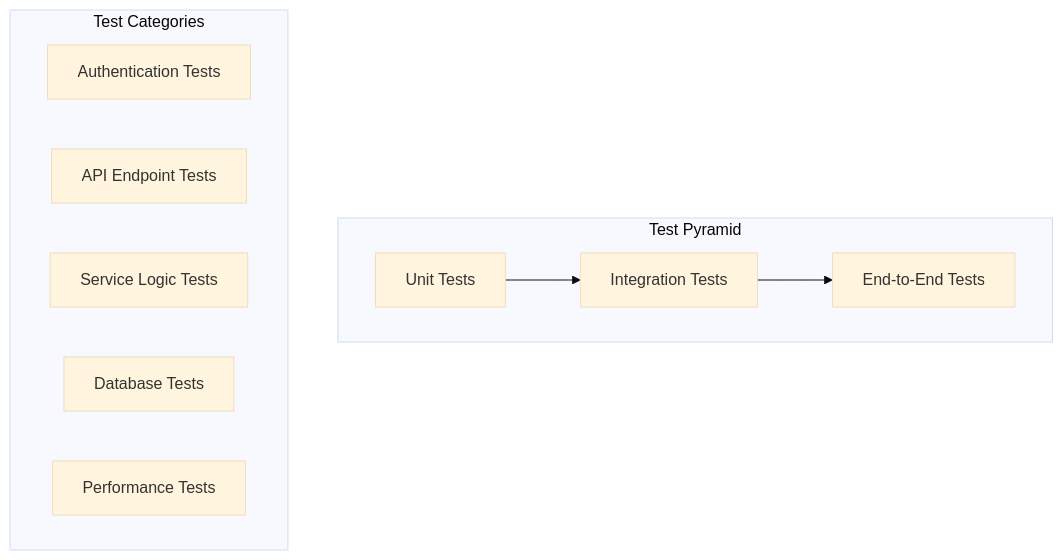
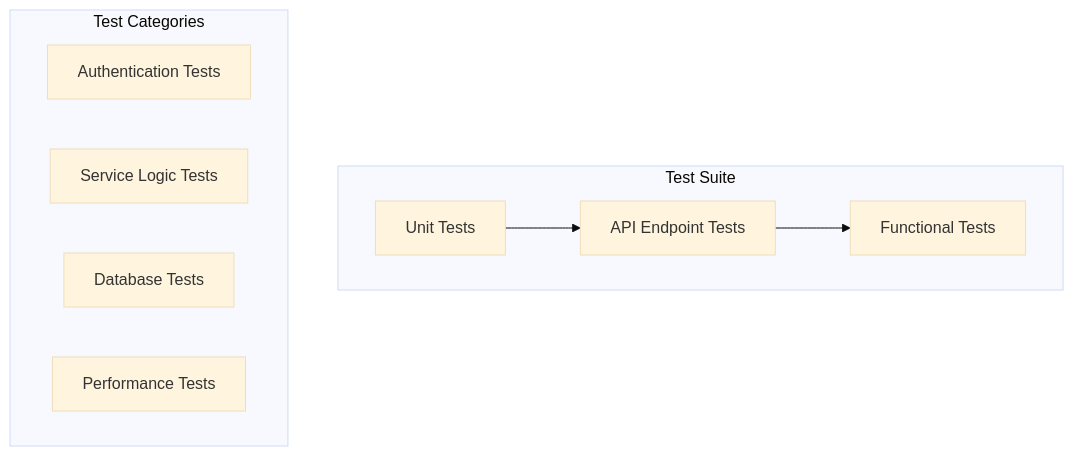
Before and after one commit to Nishi-BS23/zenstore-ai: the eighth of 8 diagrams in README.md, drawn with Mermaid (base theme). The commit also changed other lines of this file, not shown here.

````diff
--- a/README.md
+++ b/README.md
@@ -907,19 +835,19 @@
 ```mermaid
 graph TB
-    subgraph "Test Pyramid"
+    subgraph "Test Suite"
         Unit[Unit Tests]
-        Integration[Integration Tests]
-        E2E[End-to-End Tests]
+        API[API Endpoint Tests]
+        Functional[Functional Tests]
     end
     
-    Unit --> Integration
-    Integration --> E2E
+    Unit --> API
+    API --> Functional
     
     subgraph "Test Categories"
         Auth[Authentication Tests]
         API[API Endpoint Tests]
         Service[Service Logic Tests]
         DB[Database Tests]
         Performance[Performance Tests]
     end
 ```
````
